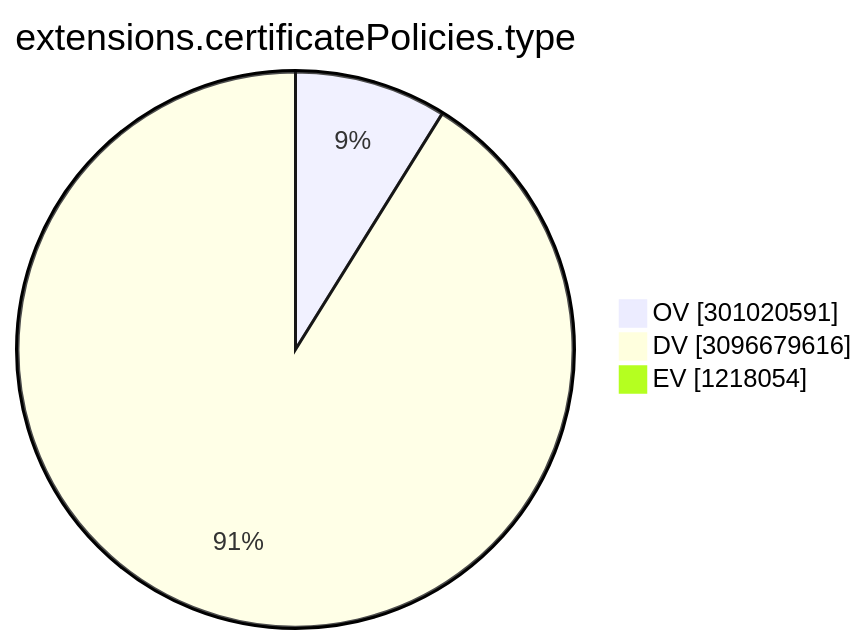
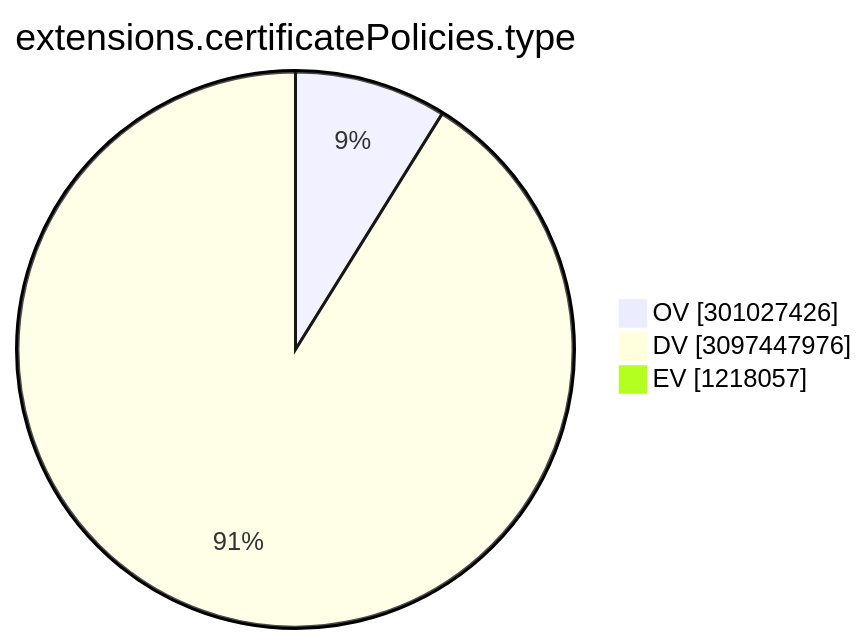
The ninth of 15 diagrams in TOTAL/README.md (christiankrug/ctmonitor_visualization), drawn with Mermaid before and after one commit. The commit also changed other lines of this file, not shown here.

````diff
--- a/TOTAL/README.md
+++ b/TOTAL/README.md
@@ -3103,7 +3103,7 @@
 ```mermaid
 pie showData
 title extensions.certificatePolicies.type
-"OV" :301020591
-"DV" :3096679616
-"EV" :1218054
+"OV" :301027426
+"DV" :3097447976
+"EV" :1218057
 ```
````
